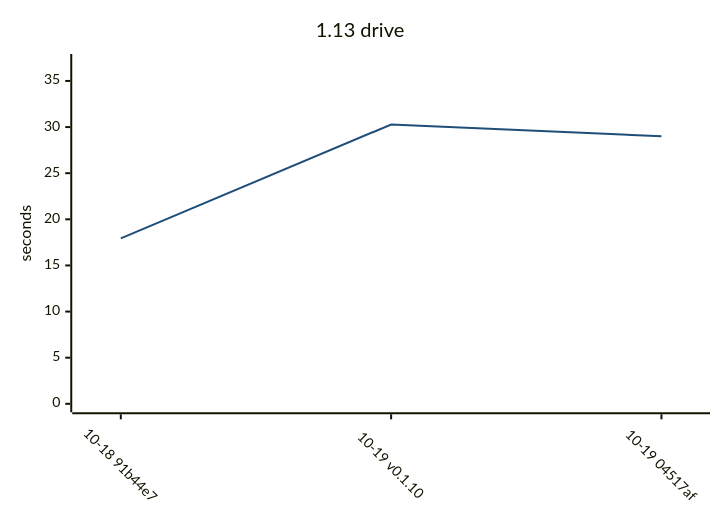
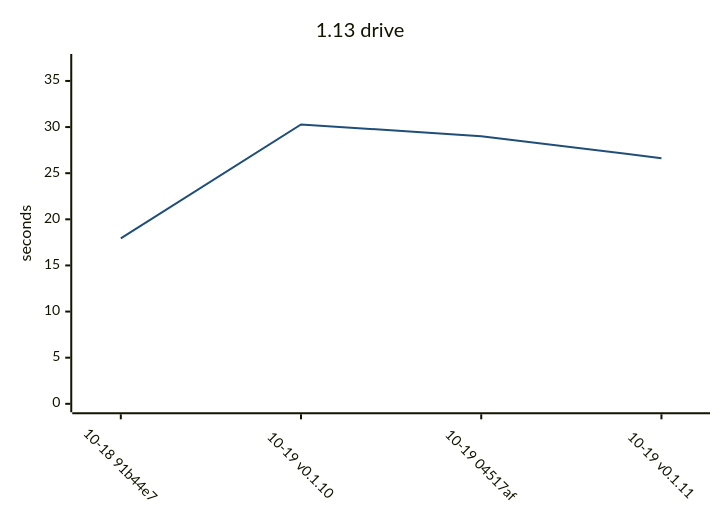
One commit to yamanori99/DistSSHRun.jl changed the third of 9 diagrams in README.md. Above: the diagram before and after it, drawn with Mermaid. The commit also changed other lines of this file and 1 other file, not shown here.

````diff
--- a/README.md
+++ b/README.md
@@ -88,17 +89,17 @@
 ```mermaid
 ---
 config:
   theme: base
   themeVariables:
     xyChart:
       plotColorPalette: "#1f4e79"
   xyChart:
     xAxis:
       labelRotation: 45
 ---
 xychart-beta
     title "1.13 drive"
-    x-axis ["10-18 91b44e7", "10-19 v0.1.10", "10-19 04517af"]
+    x-axis ["10-18 91b44e7", "10-19 v0.1.10", "10-19 04517af", "10-19 v0.1.11"]
     y-axis "seconds" 0 --> 37
-    line [17.93, 30.28, 29.01]
+    line [17.93, 30.28, 29.01, 26.63]
 ```
````
